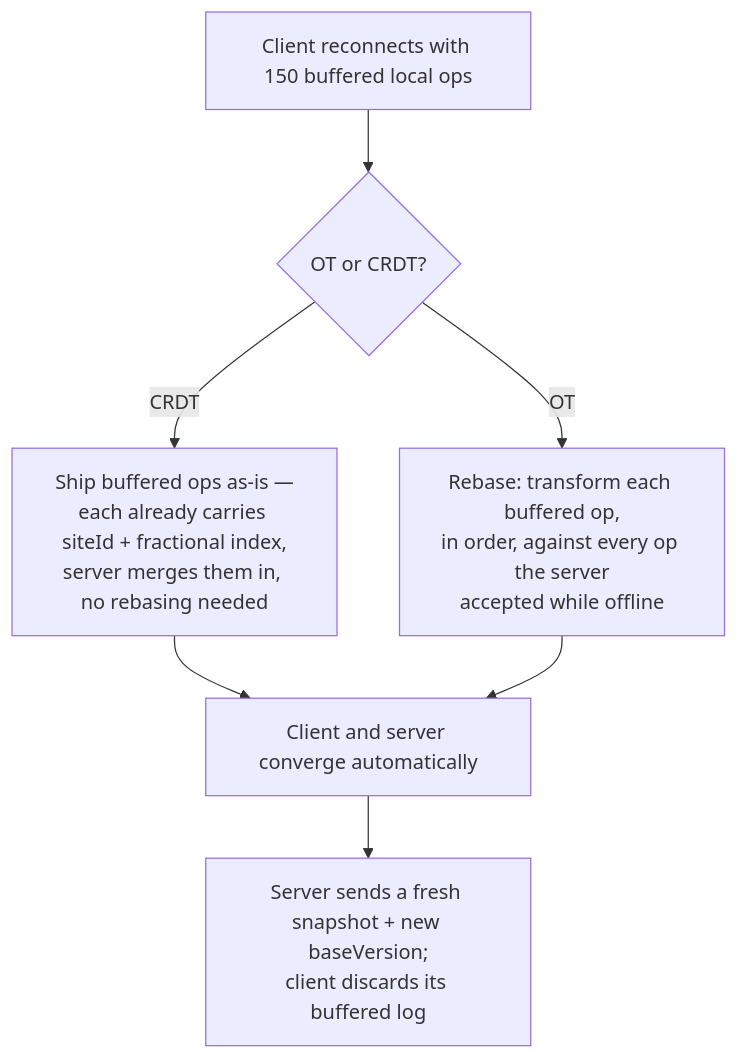
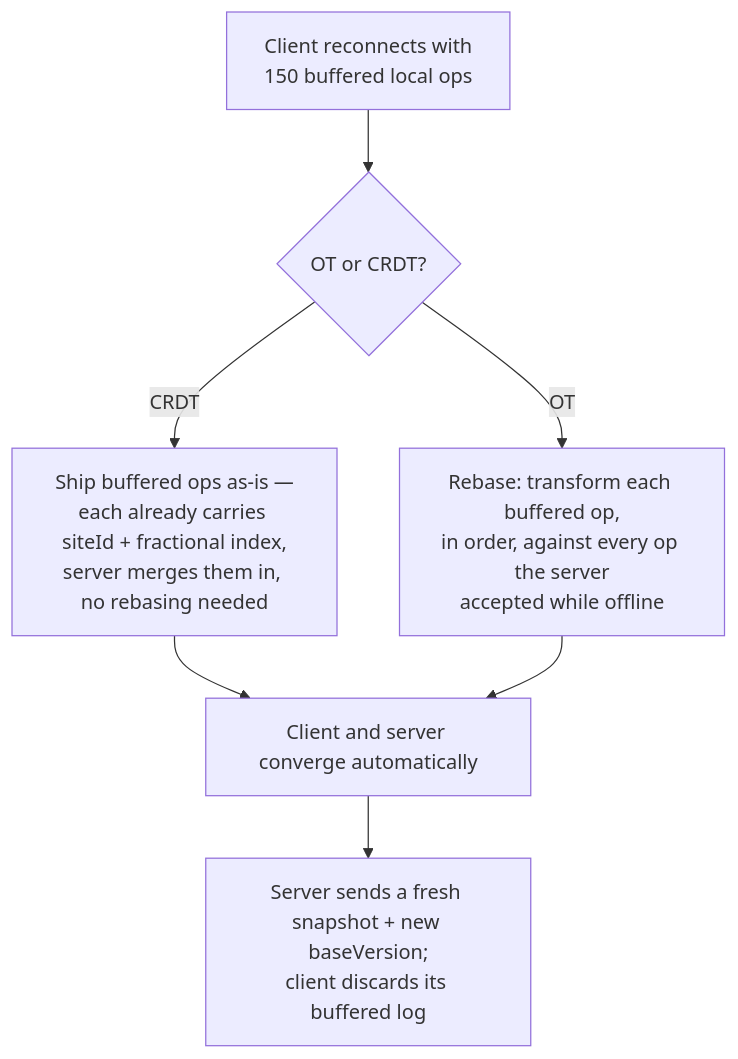
One commit to riyaz-pasha/Learnings changed the eighth of 14 diagrams in system-design/HLD/0-course/38-Design-a-Collaborative-Document-Editing-Service-Google-Docs-FAANG-Guide-story.md. Above: the diagram before and after it, drawn with Mermaid. The commit also changed other lines of this file and 1 other file, not shown here.

Commit message:
[REWRITE] Google Docs story guide: simplify prose, add structure, fix diagrams

````diff
--- a/system-design/HLD/0-course/38-Design-a-Collaborative-Document-Editing-Service-Google-Docs-FAANG-Guide-story.md
+++ b/system-design/HLD/0-course/38-Design-a-Collaborative-Document-Editing-Service-Google-Docs-FAANG-Guide-story.md
@@ -229,9 +406,9 @@
 ```mermaid
 flowchart TD
-    Reconnect[Client reconnects with 150 buffered local ops] --> Check{OT or CRDT?}
+    Reconnect["Client reconnects with<br/>150 buffered local ops"] --> Check{"OT or CRDT?"}
     Check -->|CRDT| Merge["Ship buffered ops as-is —<br/>each already carries siteId + fractional index,<br/>server merges them in, no rebasing needed"]
     Check -->|OT| Rebase["Rebase: transform each buffered op,<br/>in order, against every op the server<br/>accepted while offline"]
-    Merge --> Converge[Client and server converge automatically]
+    Merge --> Converge["Client and server converge automatically"]
     Rebase --> Converge
-    Converge --> Snapshot[Server sends a fresh snapshot + new baseVersion;<br/>client discards its buffered log]
+    Converge --> Snapshot["Server sends a fresh snapshot + new baseVersion;<br/>client discards its buffered log"]
 ```
````
